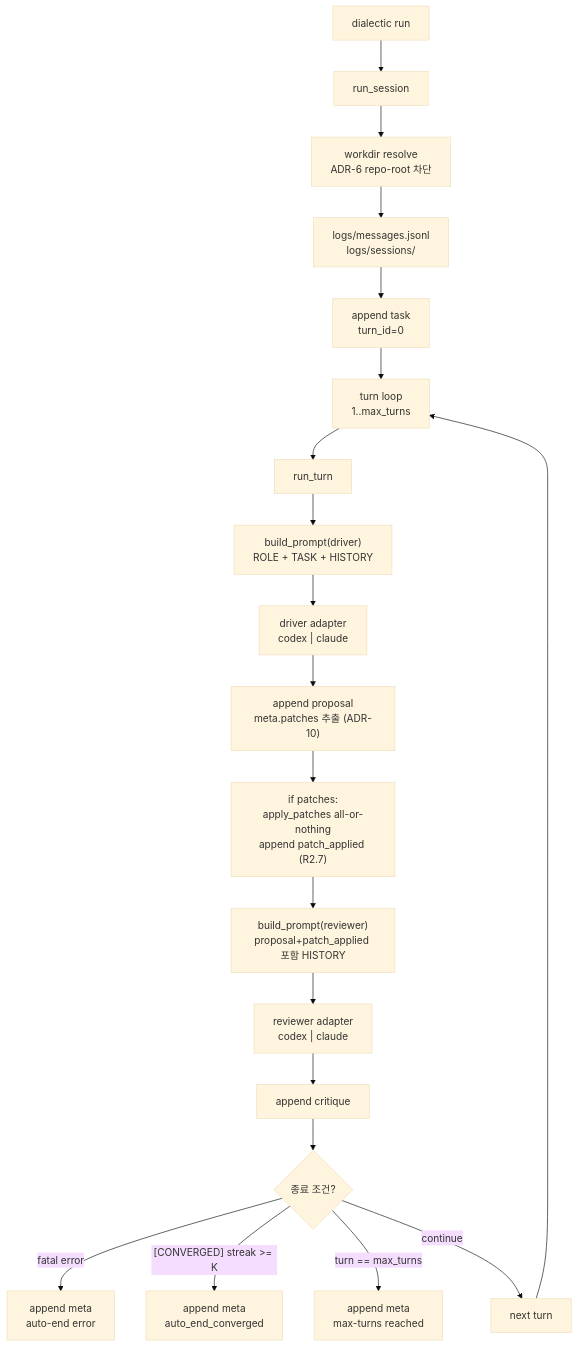
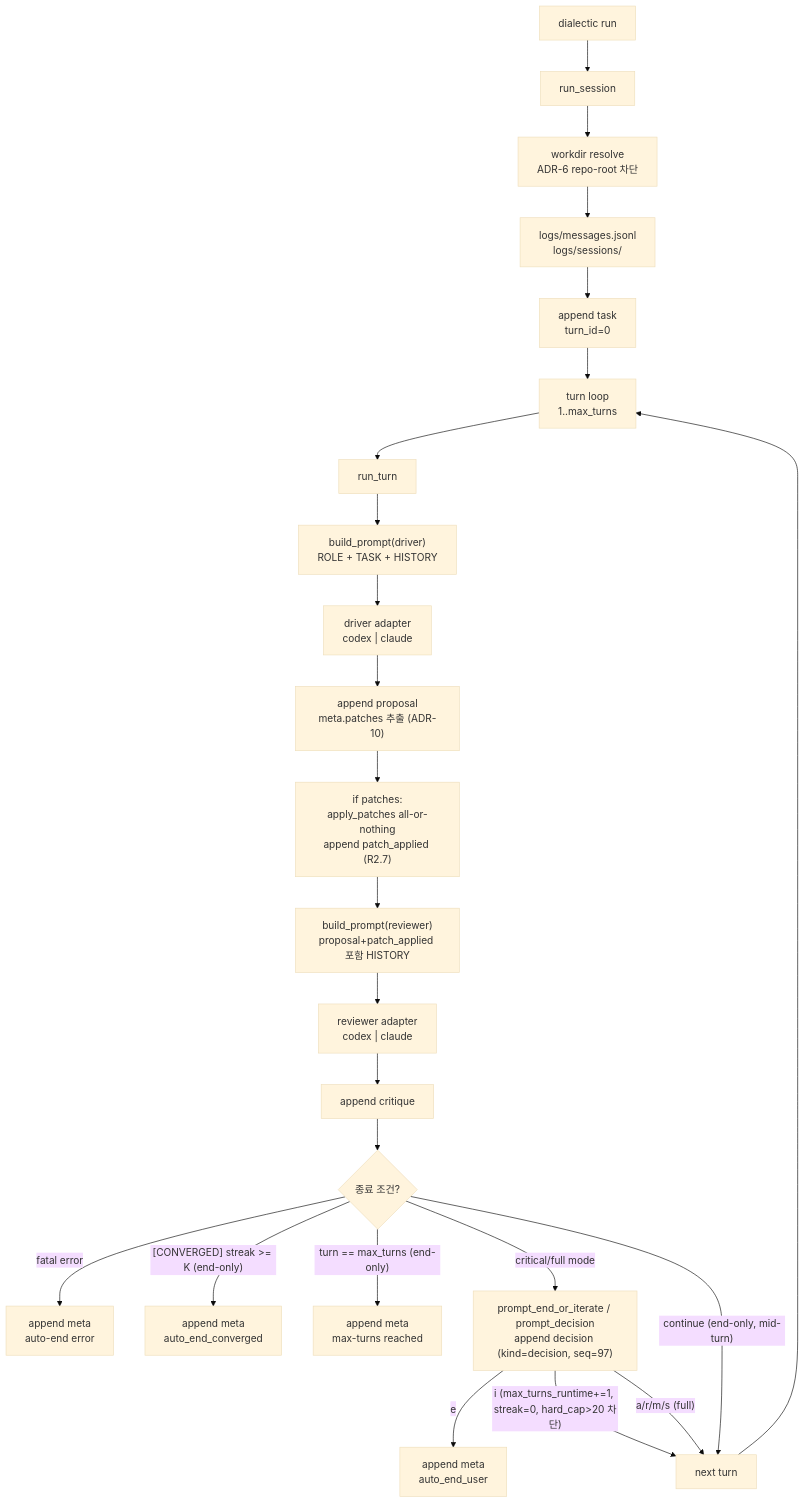
The diagram in docs/current-implementation-flow.md (shinjw4929/Dialectic-CLI), drawn with Mermaid (base theme) before and after one commit. The commit also changed other lines of this file and 10 other files, not shown here.

````diff
--- a/docs/current-implementation-flow.md
+++ b/docs/current-implementation-flow.md
@@ -19,30 +20,34 @@
 ```mermaid
 flowchart TD
     CLI["dialectic run"]
     Session["run_session"]
     Guard["workdir resolve<br/>ADR-6 repo-root 차단"]
     Logs["logs/messages.jsonl<br/>logs/sessions/"]
     Task["append task<br/>turn_id=0"]
     Loop["turn loop<br/>1..max_turns"]
     Turn["run_turn"]
     DriverPrompt["build_prompt(driver)<br/>ROLE + TASK + HISTORY"]
     Driver["driver adapter<br/>codex | claude"]
     Proposal["append proposal<br/>meta.patches 추출 (ADR-10)"]
     PatchApply["if patches:<br/>apply_patches all-or-nothing<br/>append patch_applied (R2.7)"]
     ReviewerPrompt["build_prompt(reviewer)<br/>proposal+patch_applied 포함 HISTORY"]
     Reviewer["reviewer adapter<br/>codex | claude"]
     Critique["append critique"]
     EndCheck{"종료 조건?"}
     Error["append meta<br/>auto-end error"]
     Converged["append meta<br/>auto_end_converged"]
     MaxTurns["append meta<br/>max-turns reached"]
     Next["next turn"]
 
     CLI --> Session --> Guard --> Logs --> Task --> Loop --> Turn
     Turn --> DriverPrompt --> Driver --> Proposal
     Proposal --> PatchApply --> ReviewerPrompt --> Reviewer --> Critique --> EndCheck
     EndCheck -- "fatal error" --> Error
-    EndCheck -- "[CONVERGED] streak >= K" --> Converged
-    EndCheck -- "turn == max_turns" --> MaxTurns
-    EndCheck -- "continue" --> Next --> Loop
+    EndCheck -- "[CONVERGED] streak >= K (end-only)" --> Converged
+    EndCheck -- "turn == max_turns (end-only)" --> MaxTurns
+    EndCheck -- "critical/full mode" --> Decision["prompt_end_or_iterate / prompt_decision<br/>append decision (kind=decision, seq=97)"]
+    Decision -- "e" --> AutoEndUser["append meta<br/>auto_end_user"]
+    Decision -- "i (max_turns_runtime+=1, streak=0, hard_cap>20 차단)" --> Next
+    Decision -- "a/r/m/s (full)" --> Next
+    EndCheck -- "continue (end-only, mid-turn)" --> Next --> Loop
 ```
````
